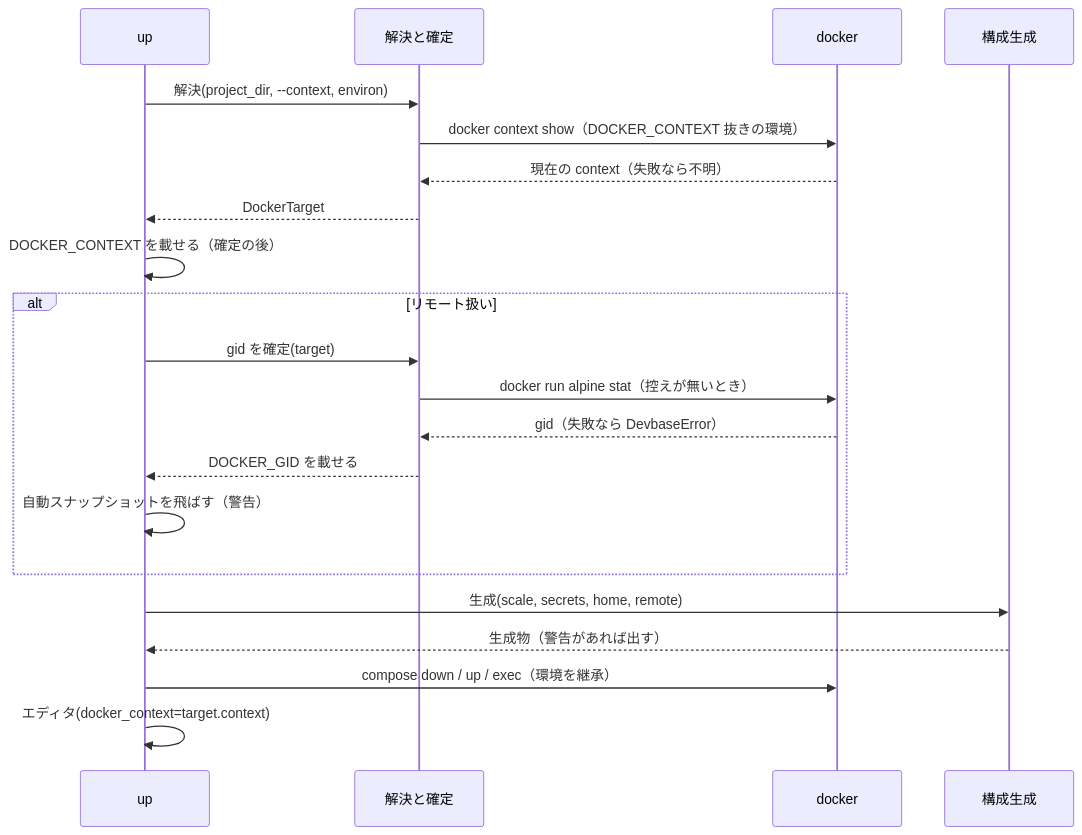
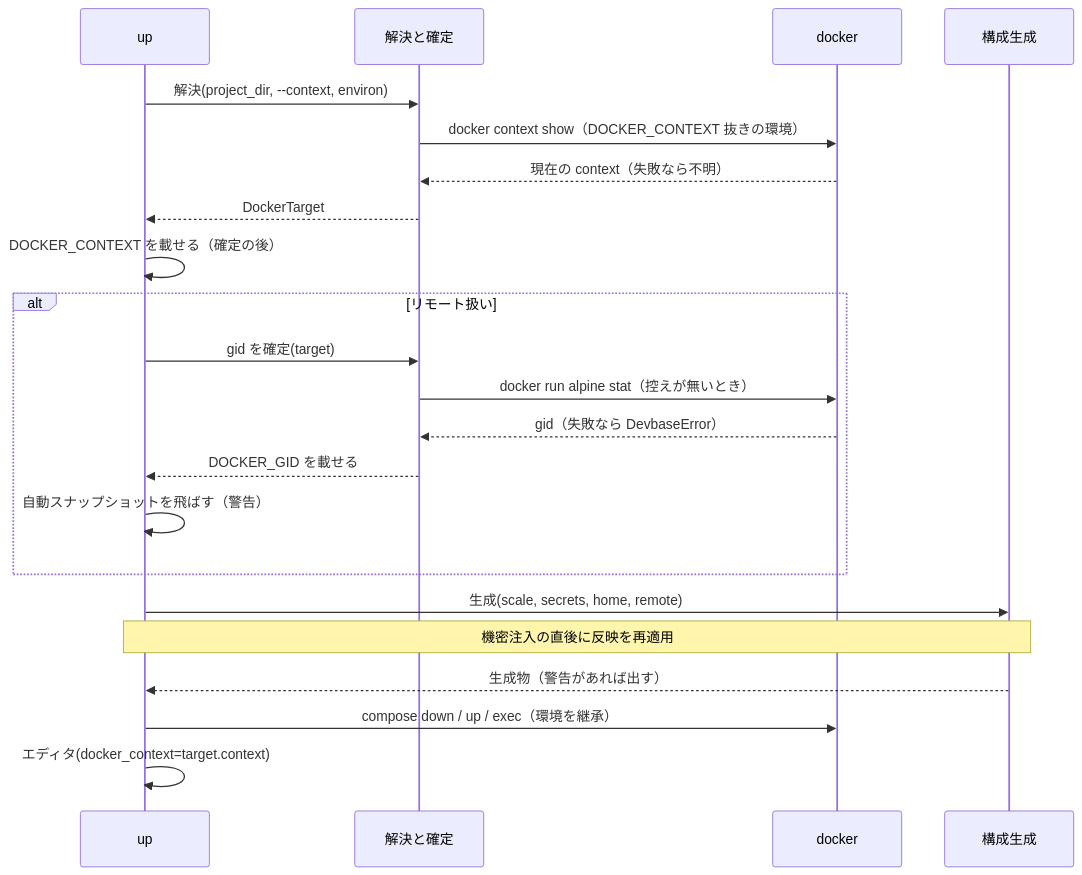
One commit to devbasex/devbase changed the sixth of 7 diagrams in issues/PLAN52_remote-docker-context-design.md. Above: the diagram before and after it, drawn with Mermaid. The commit also changed other lines of this file and 2 other files, not shown here.

````diff
--- a/issues/PLAN52_remote-docker-context-design.md
+++ b/issues/PLAN52_remote-docker-context-design.md
@@ -312,23 +313,24 @@
 ```mermaid
 sequenceDiagram
     participant U as up
     participant R as 解決と確定
     participant D as docker
     participant C as 構成生成
     U->>R: 解決(project_dir, --context, environ)
     R->>D: docker context show（DOCKER_CONTEXT 抜きの環境）
     D-->>R: 現在の context（失敗なら不明）
     R-->>U: DockerTarget
     U->>U: DOCKER_CONTEXT を載せる（確定の後）
     alt リモート扱い
         U->>R: gid を確定(target)
         R->>D: docker run alpine stat（控えが無いとき）
         D-->>R: gid（失敗なら DevbaseError）
         R-->>U: DOCKER_GID を載せる
         U->>U: 自動スナップショットを飛ばす（警告）
     end
     U->>C: 生成(scale, secrets, home, remote)
+    Note over U,C: 機密注入の直後に反映を再適用
     C-->>U: 生成物（警告があれば出す）
     U->>D: compose down / up / exec（環境を継承）
     U->>U: エディタ(docker_context=target.context)
 ```
````
